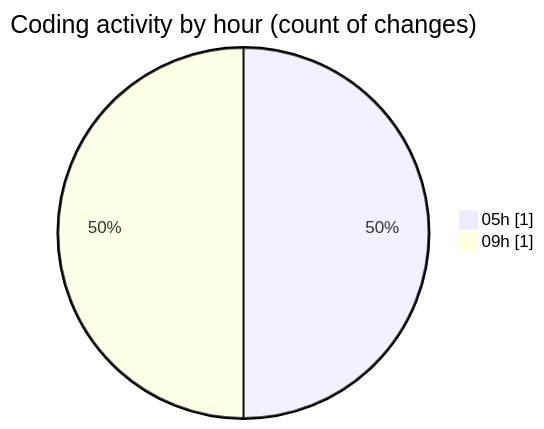
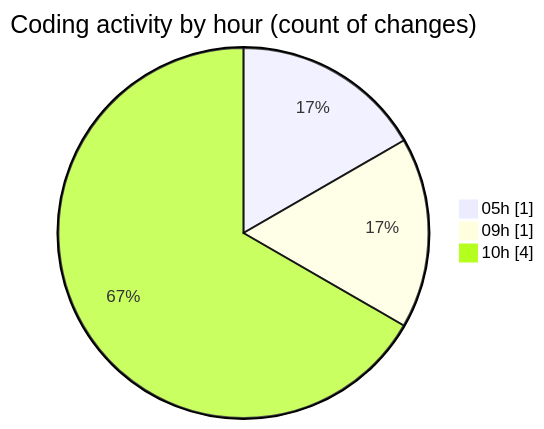
Before and after one commit to FelipKnott/code-tracking: the second of 2 diagrams in 2025-07-13/cursor/README.md, drawn with Mermaid. The commit also changed other lines of this file and 1 other file, not shown here.

````diff
--- a/2025-07-13/cursor/README.md
+++ b/2025-07-13/cursor/README.md
@@ -29,6 +30,7 @@
 ```mermaid
 pie showData
 title Coding activity by hour (count of changes)
 "05h" : 1
 "09h" : 1
+"10h" : 4
 ```
````
